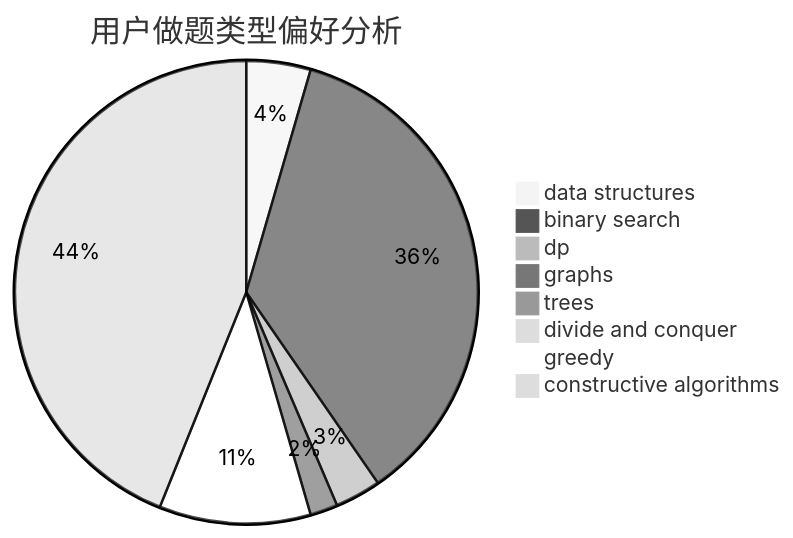
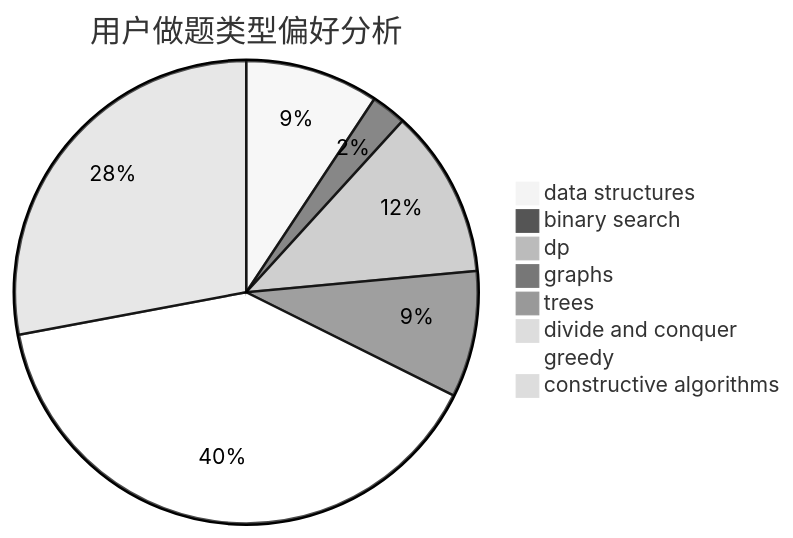
The second of 3 diagrams in docs/user/u1103.md (sherpahu/cfrs.github.io), drawn with Mermaid (neutral theme) before and after one commit. The commit also changed other lines of this file and 2770 other files, not shown here.

````diff
--- a/docs/user/u1103.md
+++ b/docs/user/u1103.md
@@ -23,11 +23,11 @@
 ```mermaid
 pie title 用户做题类型偏好分析
-    "data structures" :  14
-    "binary search" :  112
-    "dp" :  10
-    "graphs" :  6
+    "data structures" :  19
+    "binary search" :  5
+    "dp" :  24
+    "graphs" :  18
     "trees" :  0
     "divide and conquer" :  0
-    "greedy" :  33
-    "constructive algorithms" :  137
+    "greedy" :  81
+    "constructive algorithms" :  57
 ```
````
